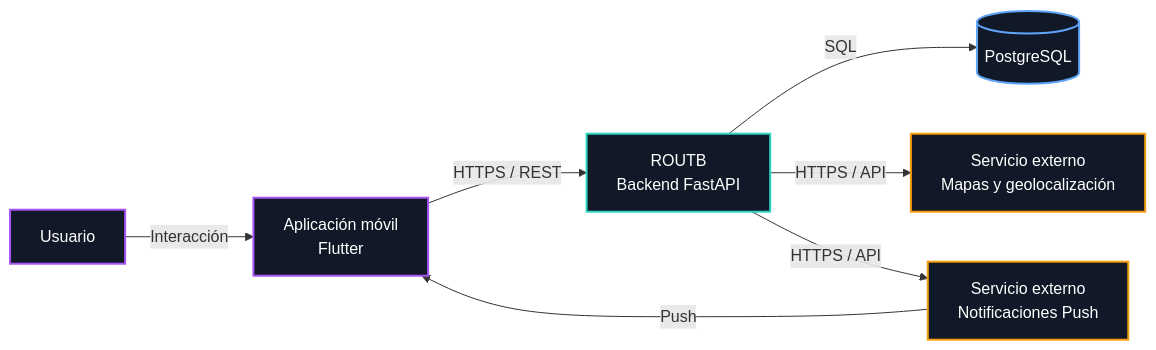
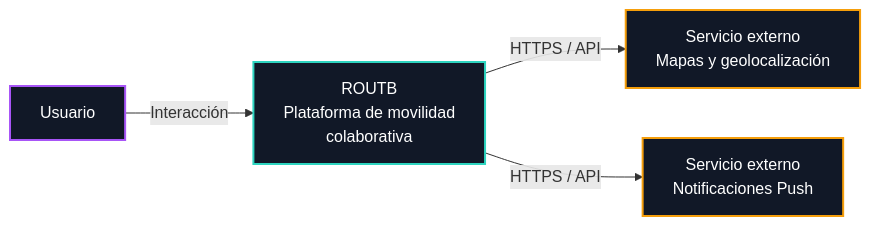
Before and after one commit to ISCOUTB/AS_202620_ROUTB: the second of 3 diagrams in docs/arc42/arc42-template-EN.md, drawn with Mermaid. The commit also changed other lines of this file and 5 other files, not shown here.

````diff
--- a/docs/arc42/arc42-template-EN.md
+++ b/docs/arc42/arc42-template-EN.md
@@ -196,39 +176,26 @@
 ```mermaid
 flowchart LR
 
     U["Usuario"]
 
-    APP["Aplicación móvil<br/>Flutter"]
-
-    R["ROUTB<br/>Backend FastAPI"]
-
-    DB[("PostgreSQL")]
+    R["ROUTB<br/>Plataforma de movilidad<br/>colaborativa"]
 
     MAP["Servicio externo<br/>Mapas y geolocalización"]
 
     PUSH["Servicio externo<br/>Notificaciones Push"]
 
 
-    U -->|"Interacción"| APP
-    APP -->|"HTTPS / REST"| R
-
-    R -->|"SQL"| DB
+    U -->|"Interacción"| R
 
     R -->|"HTTPS / API"| MAP
     R -->|"HTTPS / API"| PUSH
 
-    PUSH -->|"Push"| APP
-
 
     classDef user fill:#111827,stroke:#a855f7,color:#fff,stroke-width:2px
-    classDef app fill:#111827,stroke:#a855f7,color:#fff,stroke-width:2px
     classDef system fill:#111827,stroke:#2dd4bf,color:#fff,stroke-width:2px
-    classDef database fill:#111827,stroke:#60a5fa,color:#fff,stroke-width:2px
     classDef external fill:#111827,stroke:#f59e0b,color:#fff,stroke-width:2px
 
     class U user
-    class APP app
     class R system
-    class DB database
     class MAP,PUSH external
 ```
````
